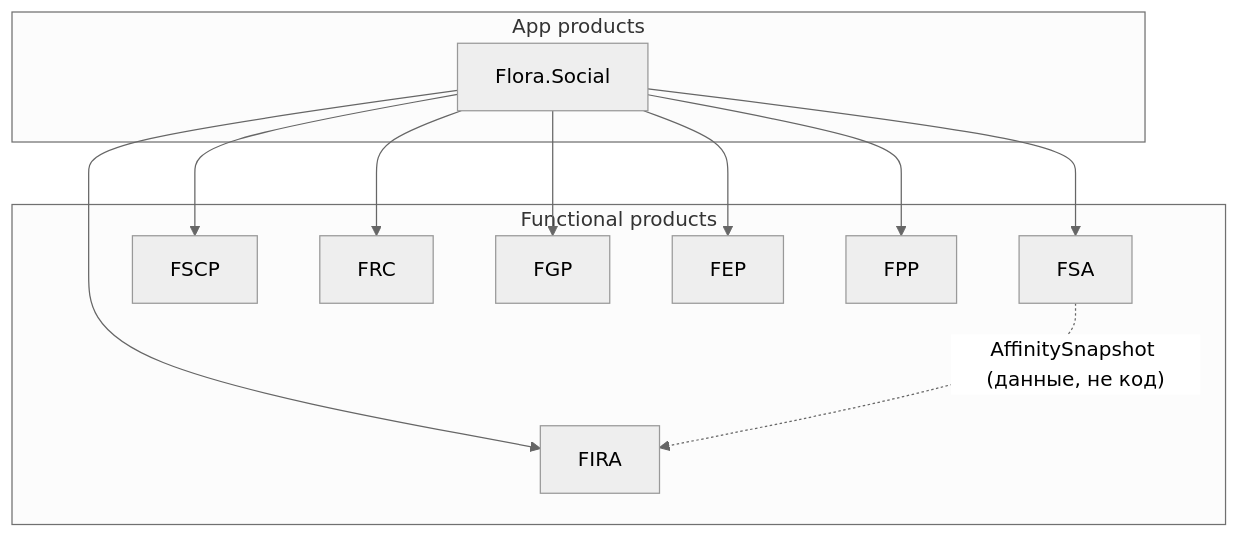
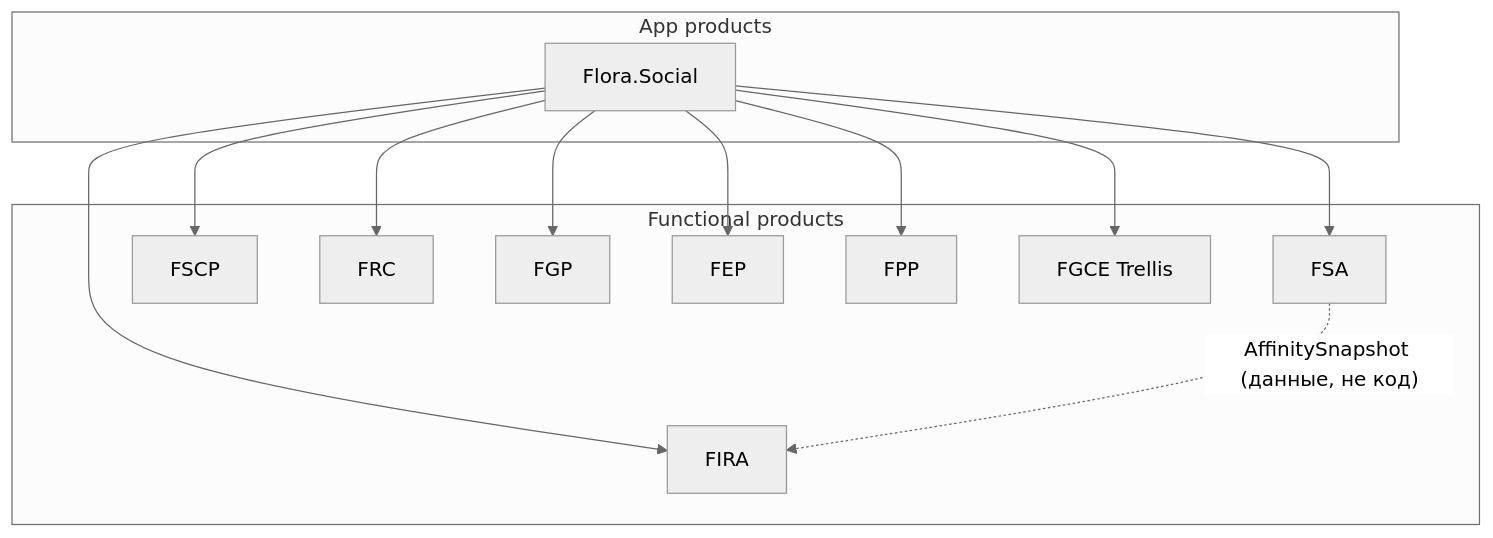
One commit to effka11/Flora.Ecosystem changed the first of 7 diagrams in architecture.md. Above: the diagram before and after it, drawn with Mermaid (neutral theme). The commit also changed other lines of this file and 30 other files, not shown here.

Commit message:
docs(fgce): add the trellis graphic composition engine spec

````diff
--- a/architecture.md
+++ b/architecture.md
@@ -30,23 +30,25 @@
 ```mermaid
 flowchart TB
   subgraph appProducts [App products]
     Social["Flora.Social"]
   end
   subgraph functionalProducts [Functional products]
     FIRA["FIRA"]
     FSA["FSA"]
     FSCP["FSCP"]
     FRC["FRC"]
     FGP["FGP"]
     FEP["FEP"]
     FPP["FPP"]
+    FGCE["FGCE Trellis"]
   end
   Social --> FIRA
   Social --> FSA
   Social --> FSCP
   Social --> FRC
   Social --> FGP
   Social --> FEP
   Social --> FPP
+  Social --> FGCE
   FSA -. "AffinitySnapshot (данные, не код)" .-> FIRA
 ```
````
